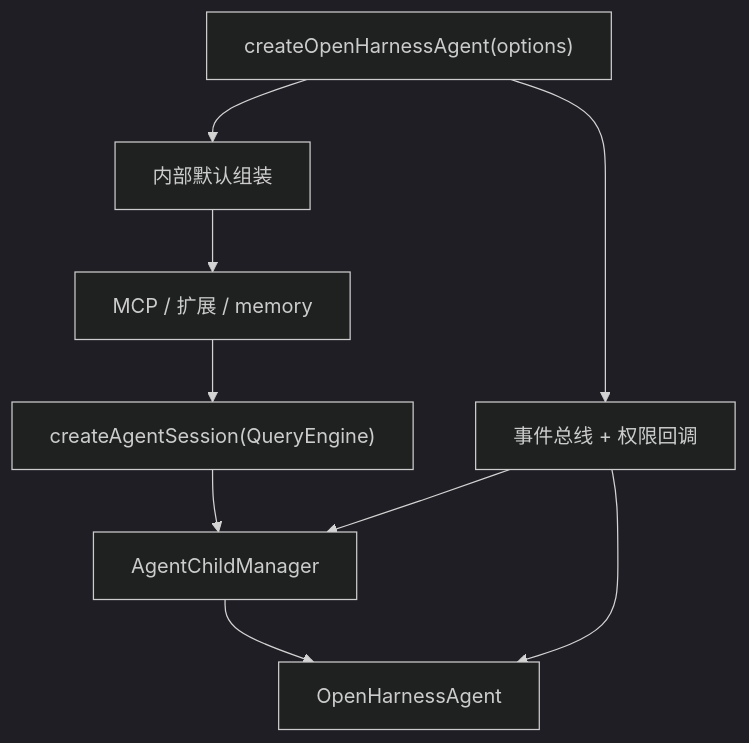
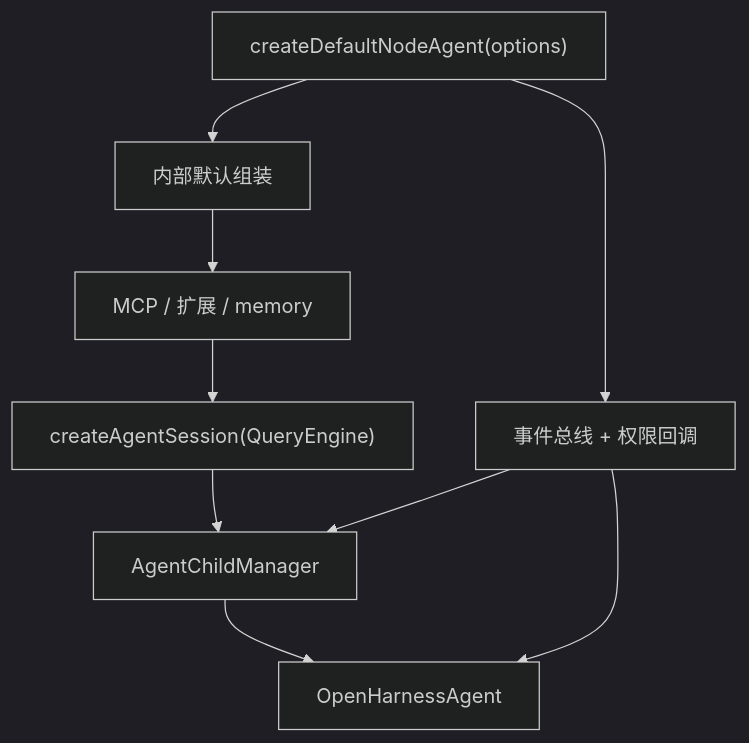
Before and after one commit to rzx007/openharness-ts: the first of 2 diagrams in docs/agent-runtime-framework-architecture.md, drawn with Mermaid (dark theme). The commit also changed other lines of this file and 23 other files, not shown here.

````diff
--- a/docs/agent-runtime-framework-architecture.md
+++ b/docs/agent-runtime-framework-architecture.md
@@ -52,16 +54,16 @@
 ```mermaid
 flowchart TD
-  Create["createOpenHarnessAgent(options)"]
+  Create["createDefaultNodeAgent(options)"]
   Runtime["内部默认组装"]
   MCP["MCP / 扩展 / memory"]
   Session["createAgentSession(QueryEngine)"]
   Bus["事件总线 + 权限回调"]
   Children["AgentChildManager"]
   Agent["OpenHarnessAgent"]
 
   Create --> Runtime --> MCP --> Session
   Create --> Bus
   Session --> Children --> Agent
   Bus --> Children
   Bus --> Agent
 ```
````
